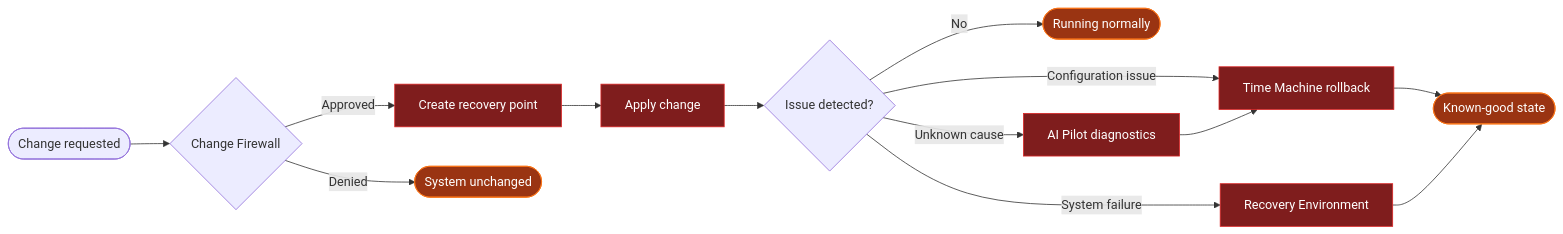
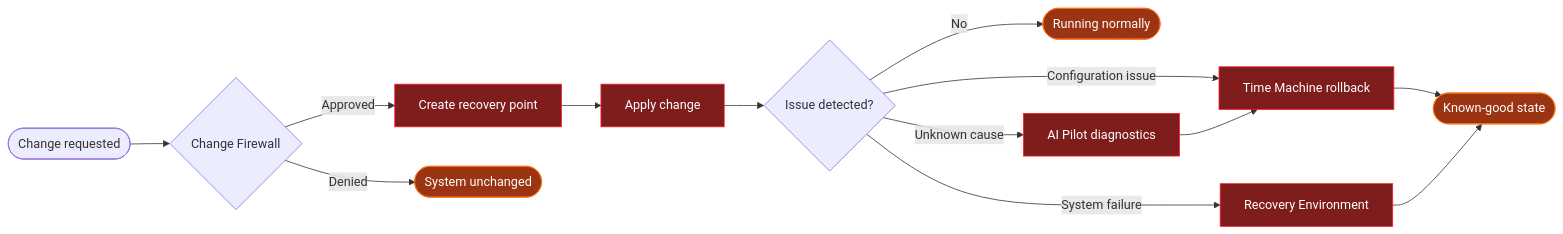
The diagram in README.md (HeldoOS/Heldo-Linux-OS), drawn with Mermaid before and after one commit. The commit also changed other lines of this file, not shown here.

````diff
--- a/README.md
+++ b/README.md
@@ -101,20 +101,20 @@
 ```mermaid
 flowchart LR
     A([Change requested]) --> B{Change Firewall}
     B -- Approved --> C[Create recovery point]
     B -- Denied --> D([System unchanged])
     C --> E[Apply change]
     E --> F{Issue detected?}
     F -- No --> G([Running normally])
     F -- Configuration issue --> H[Time Machine rollback]
     F -- System failure --> I[Recovery Environment]
     F -- Unknown cause --> J[AI Pilot diagnostics]
     J --> H
     H --> K([Known-good state])
     I --> K
 
     classDef ok fill:#9a3412,stroke:#f97316,color:#fff
-    classDef step fill:#7f1d1d,stroke:#dc2626,color:#fff
+    classDef step fill:#7f1d1d,stroke:#ff1a2e,color:#fff
     class G,K,D ok
     class C,E,H,I,J step
 ```
````
